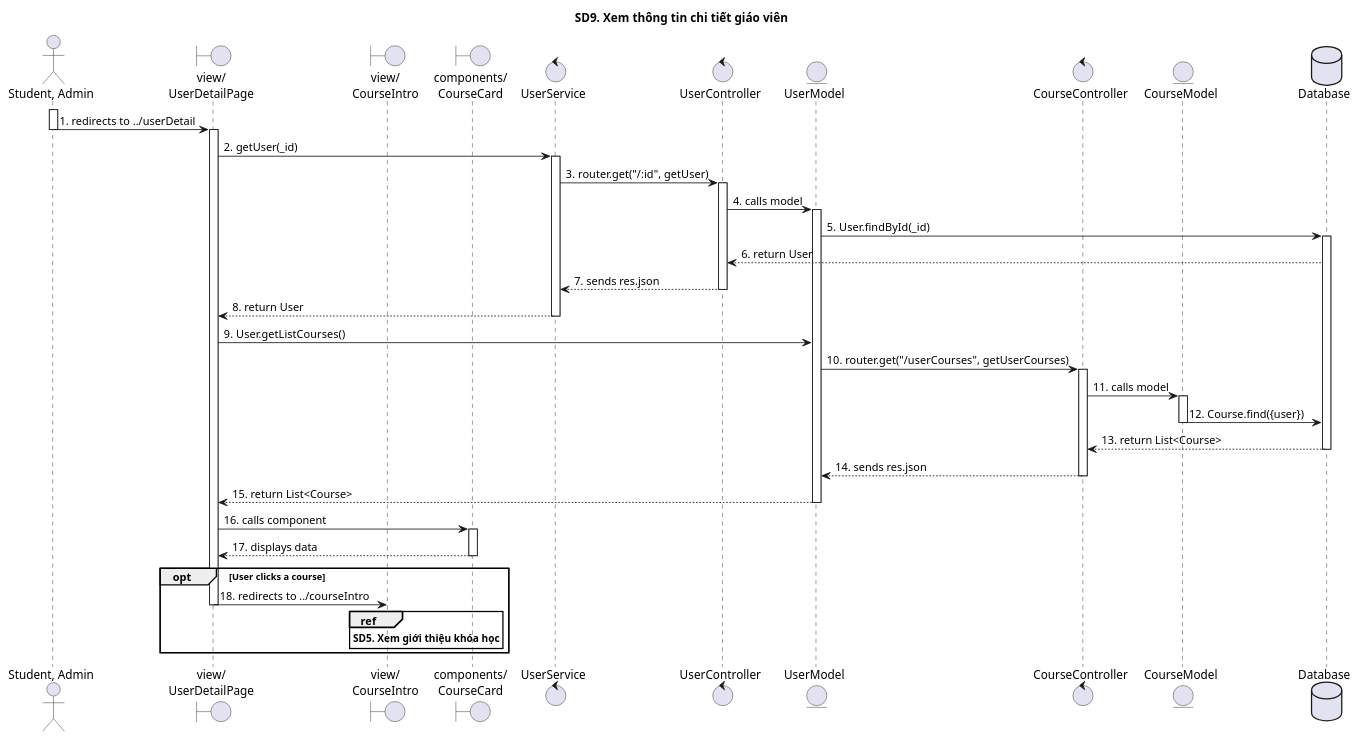
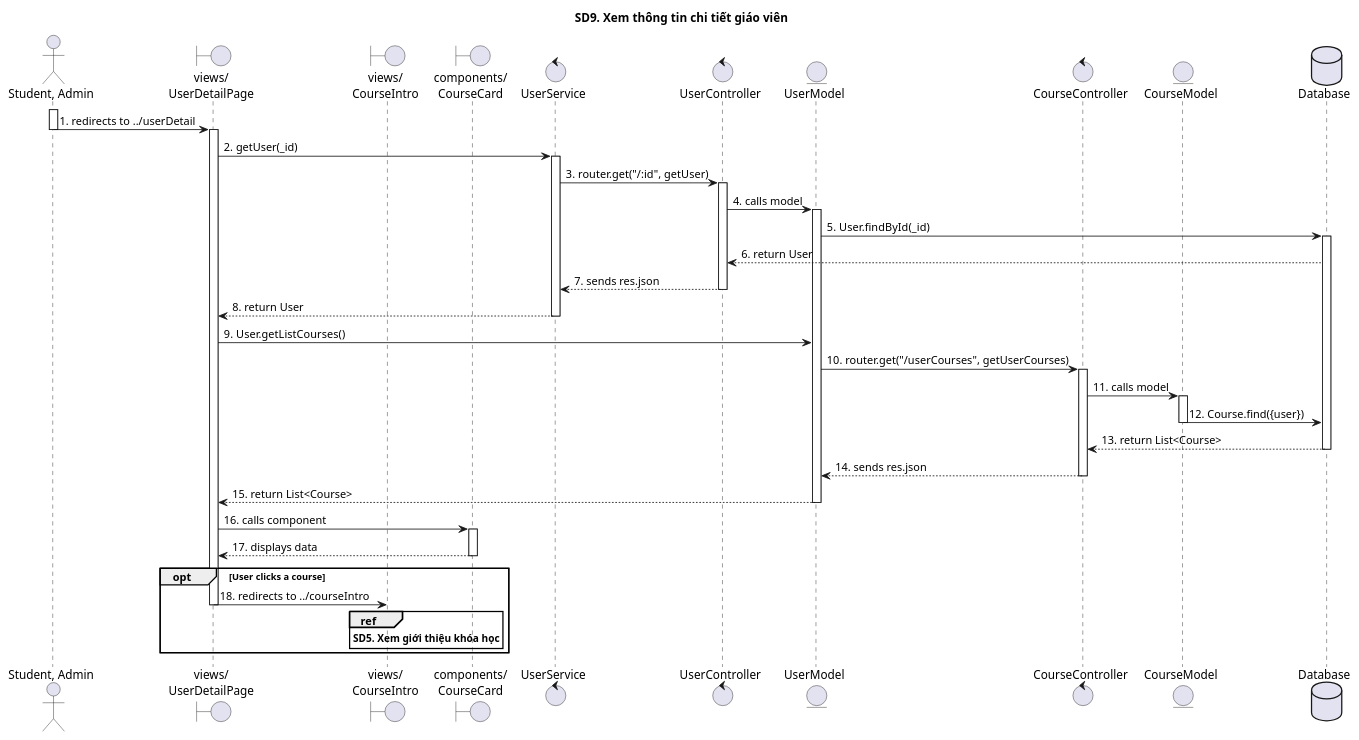
Before and after one commit to The-Cookies-Team/UML-Diagrams: the diagram in SequenceDiagrams/sd9.puml, drawn with PlantUML. The commit also changed 5 other files, not shown here.

```diff
--- a/SequenceDiagrams/sd9.puml
+++ b/SequenceDiagrams/sd9.puml
@@ -1,59 +1,59 @@
 @startuml
 
 title SD9. Xem thông tin chi tiết giáo viên
 
 actor "Student, Admin" as Actor
-boundary "view/\nUserDetailPage" as UserDetailPage
-boundary "view/\nCourseIntro" as CourseIntro
+boundary "views/\nUserDetailPage" as UserDetailPage
+boundary "views/\nCourseIntro" as CourseIntro
 boundary "components/\nCourseCard" as CourseCard
 control "UserService"
 control "UserController"
 entity "UserModel"
 control "CourseController"
 entity "CourseModel"
 database "Database" as Database
 
 activate Actor
 Actor -> UserDetailPage: 1. redirects to ../userDetail
 deactivate Actor
 activate UserDetailPage
 UserDetailPage -> UserService: 2. getUser(_id)
 activate UserService
 UserService -> UserController: 3. router.get("/:id", getUser)
 activate UserController
 UserController -> UserModel: 4. calls model
 activate UserModel
 UserModel -> Database: 5. User.findById(_id)
 activate Database
 Database --> UserController: 6. return User
 UserController --> UserService: 7. sends res.json
 deactivate UserController
 UserService --> UserDetailPage: 8. return User
 deactivate UserService
 UserDetailPage -> UserModel: 9. User.getListCourses()
 UserModel -> CourseController: 10. router.get("/userCourses", getUserCourses)
 activate CourseController
 CourseController -> CourseModel: 11. calls model
 activate CourseModel
 CourseModel -> Database: 12. Course.find({user})
 deactivate CourseModel
 Database --> CourseController: 13. return List<Course>
 deactivate Database
 CourseController --> UserModel: 14. sends res.json
 deactivate CourseController
 UserModel --> UserDetailPage: 15. return List<Course>
 deactivate UserModel
 UserDetailPage -> CourseCard: 16. calls component
 activate CourseCard
 CourseCard --> UserDetailPage: 17. displays data
 deactivate CourseCard
 
 opt User clicks a course
 UserDetailPage -> CourseIntro: 18. redirects to ../courseIntro
 deactivate UserDetailPage
 ref over CourseIntro
 **SD5. Xem giới thiệu khóa học**
 end ref
 end group
 
 @enduml
```
